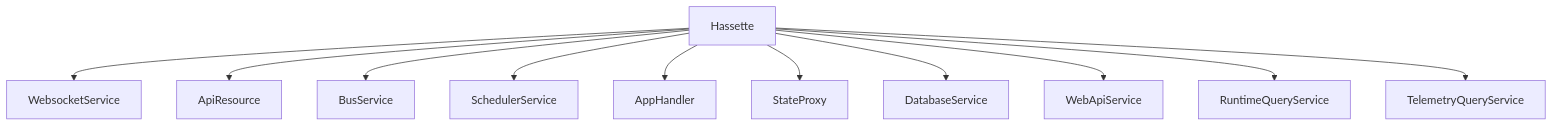
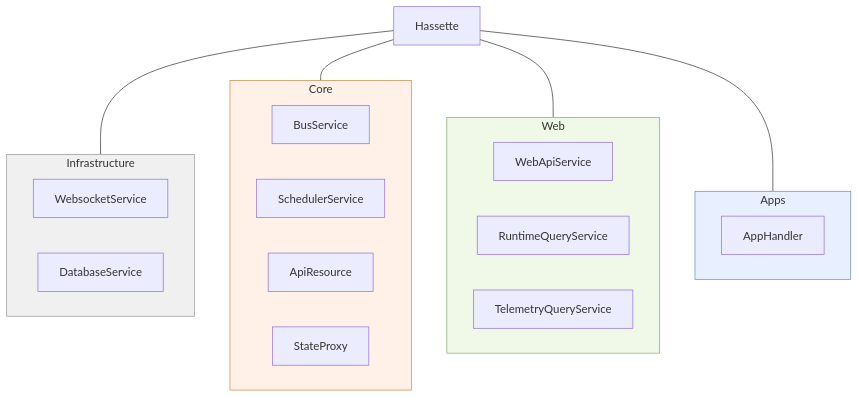
Before and after one commit to NodeJSmith/hassette: the second of 4 diagrams in docs/pages/core-concepts/index.md, drawn with Mermaid. The commit also changed other lines of this file and 6 other files, not shown here.

First line of the commit message:
docs: unify diagram color scheme across all docs pages

````diff
--- a/docs/pages/core-concepts/index.md
+++ b/docs/pages/core-concepts/index.md
@@ -54,14 +69,36 @@
 ```mermaid
-graph TB
+flowchart TD
     H[Hassette]
-    H --> WS[WebsocketService]
-    H --> API[ApiResource]
-    H --> BUS[BusService]
-    H --> SCHED[SchedulerService]
-    H --> APPS[AppHandler]
-    H --> STATE[StateProxy]
-    H --> DB[DatabaseService]
-    H --> WEB[WebApiService]
-    H --> RTQ[RuntimeQueryService]
-    H --> TQ[TelemetryQueryService]
+
+    subgraph infra["Infrastructure"]
+        direction LR
+        WS[WebsocketService]
+        DB[DatabaseService]
+    end
+
+    subgraph core["Core"]
+        direction LR
+        BUS[BusService]
+        SCHED[SchedulerService]
+        API[ApiResource]
+        STATE[StateProxy]
+    end
+
+    subgraph web["Web"]
+        direction LR
+        WEB[WebApiService]
+        RTQ[RuntimeQueryService]
+        TQ[TelemetryQueryService]
+    end
+
+    subgraph apps["Apps"]
+        APPH[AppHandler]
+    end
+
+    H --- infra & core & web & apps
+
+    style infra fill:#f0f0f0,stroke:#999
+    style core fill:#fff0e8,stroke:#cc8844
+    style web fill:#f0f8e8,stroke:#88aa66
+    style apps fill:#e8f0ff,stroke:#6688cc
 ```
````
